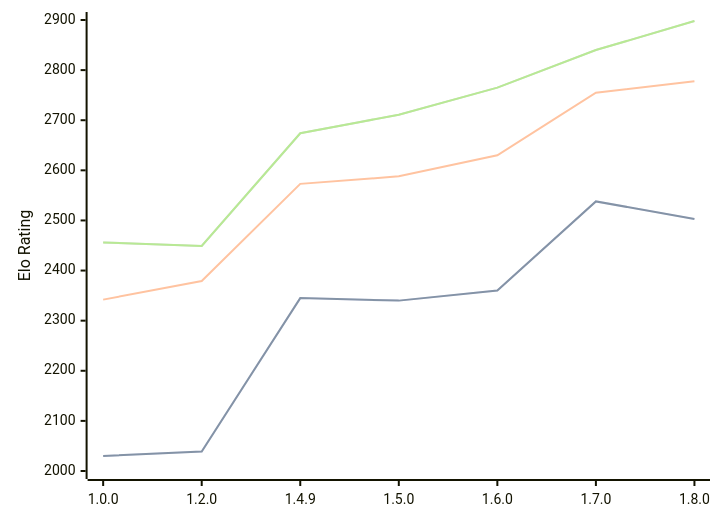
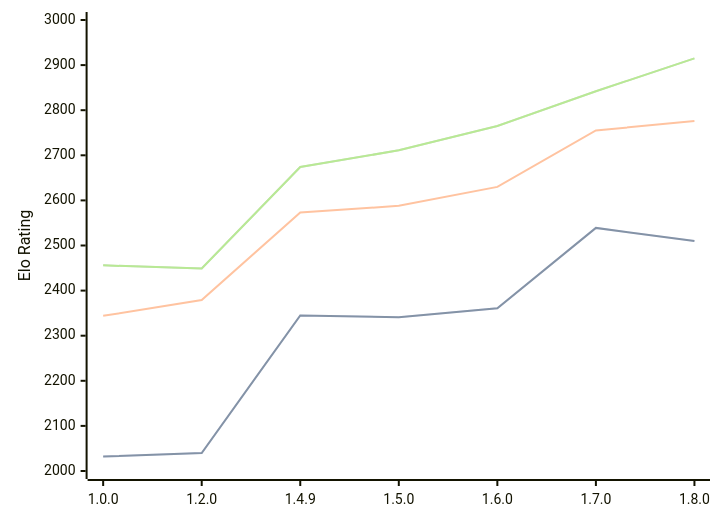
The third of 3 diagrams in engines/Basilisk.md (computer-chess-index/cci), drawn with Mermaid before and after one commit. The commit also changed other lines of this file, not shown here.

Commit message:
Update CCI Ratings (ELO VLTC) - 2026-07-14

````diff
--- a/engines/Basilisk.md
+++ b/engines/Basilisk.md
@@ -84,11 +84,11 @@
 ```mermaid
 %%{init: {"theme":"base","themeVariables":{"seriesColors:['#a3a3a3','#222221','#faa371']}}}%%
 xychart-beta
   x-axis ["1.0.0", "1.2.0", "1.4.9", "1.5.0", "1.6.0", "1.7.0", "1.8.0"]
-  y-axis "Elo Rating" 2000 --> 2900
-  line "STC (8.0+0.08s)" [2030, 2039, 2345, 2340, 2360, 2538, 2503]
-  line "STC (8.0+0.08s)" [2030, 2039, 2345, 2340, 2360, 2538, 2503]
-  line "LTC (60.0+0.60s)" [2342, 2379, 2573, 2588, 2630, 2755, 2778]
-  line "VLTC (2m24s+1.12s)" [2456, 2449, 2674, 2711, 2765, 2840, 2898]
-  line "VLTC (2m24s+1.12s)" [2456, 2449, 2674, 2711, 2765, 2840, 2898]
+  y-axis "Elo Rating" 2000 --> 3000
+  line "STC (8.0+0.08s)" [2032, 2040, 2345, 2341, 2361, 2539, 2510]
+  line "STC (8.0+0.08s)" [2032, 2040, 2345, 2341, 2361, 2539, 2510]
+  line "LTC (60.0+0.60s)" [2344, 2379, 2573, 2588, 2630, 2755, 2776]
+  line "VLTC (2m24s+1.12s)" [2456, 2449, 2674, 2711, 2765, 2842, 2915]
+  line "VLTC (2m24s+1.12s)" [2456, 2449, 2674, 2711, 2765, 2842, 2915]
 ```
````
